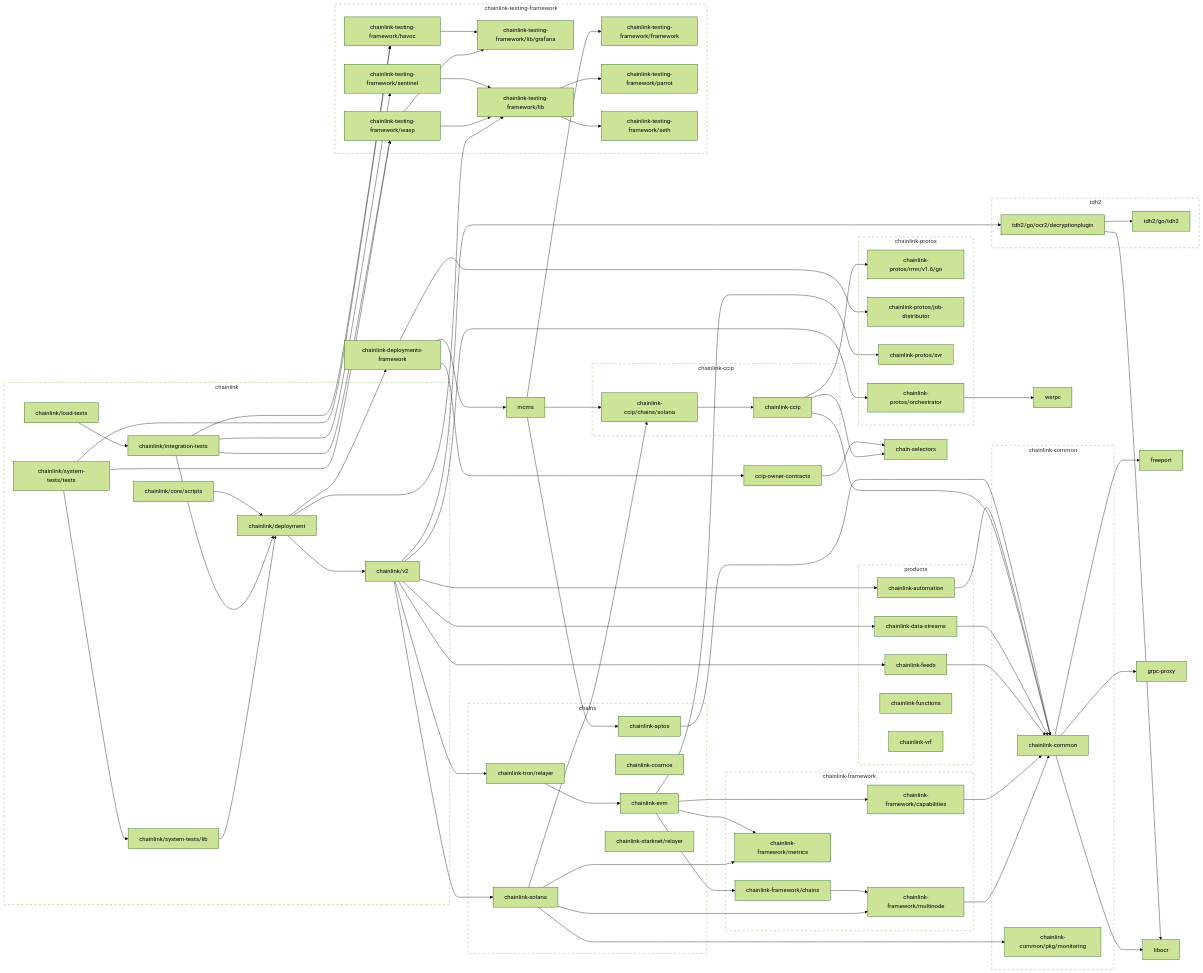
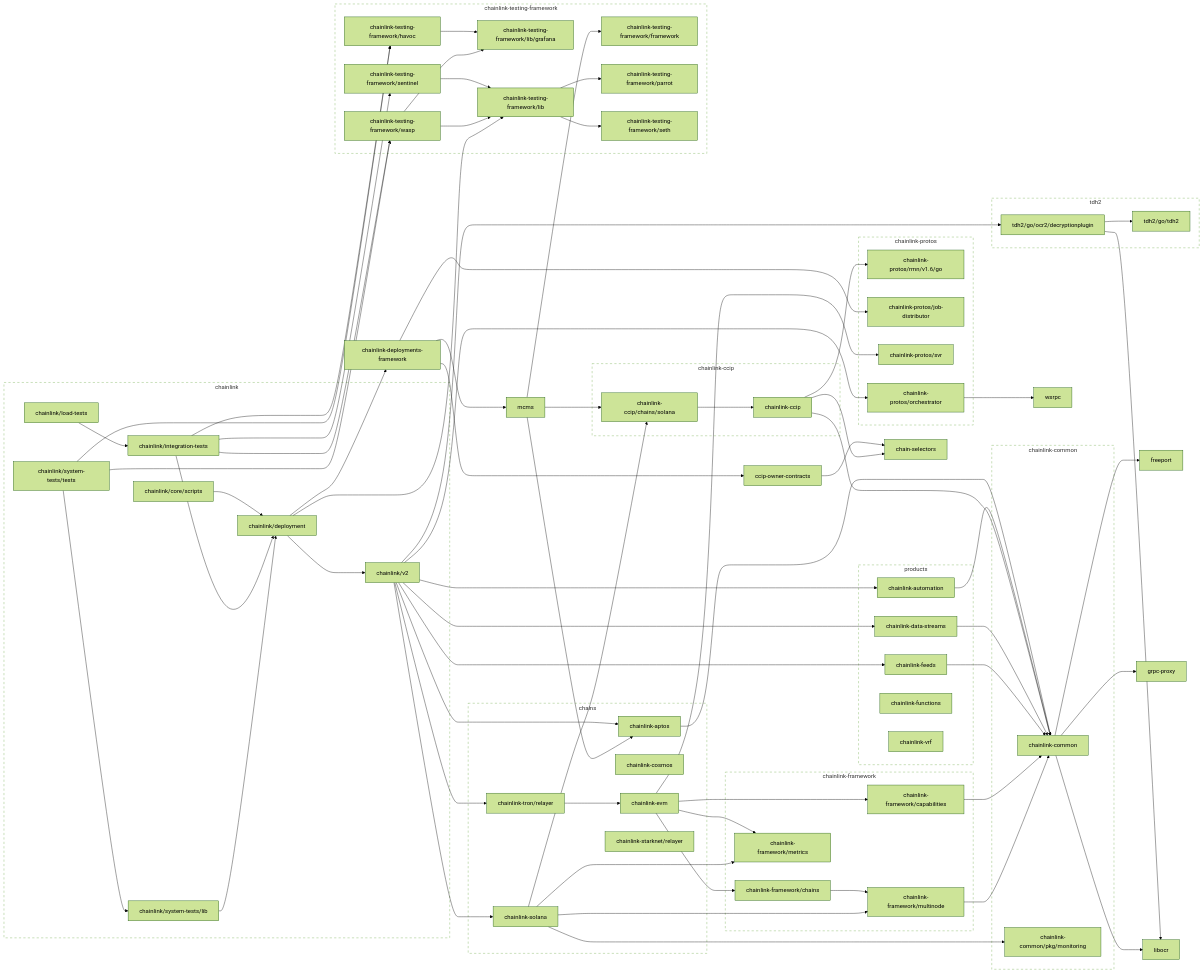
The second of 2 diagrams in go.md (smartcontractkit/chainlink), drawn with Mermaid (forest theme) before and after one commit. The commit also changed other lines of this file and 5 other files, not shown here.

```diff
--- a/go.md
+++ b/go.md
@@ -242,6 +245,7 @@
 	chainlink/system-tests/tests --> chainlink-testing-framework/wasp
 	chainlink/system-tests/tests --> chainlink/system-tests/lib
 	click chainlink/system-tests/tests href "https://github.com/smartcontractkit/chainlink"
+	chainlink/v2 --> chainlink-aptos
 	chainlink/v2 --> chainlink-automation
 	chainlink/v2 --> chainlink-data-streams
 	chainlink/v2 --> chainlink-feeds
```
